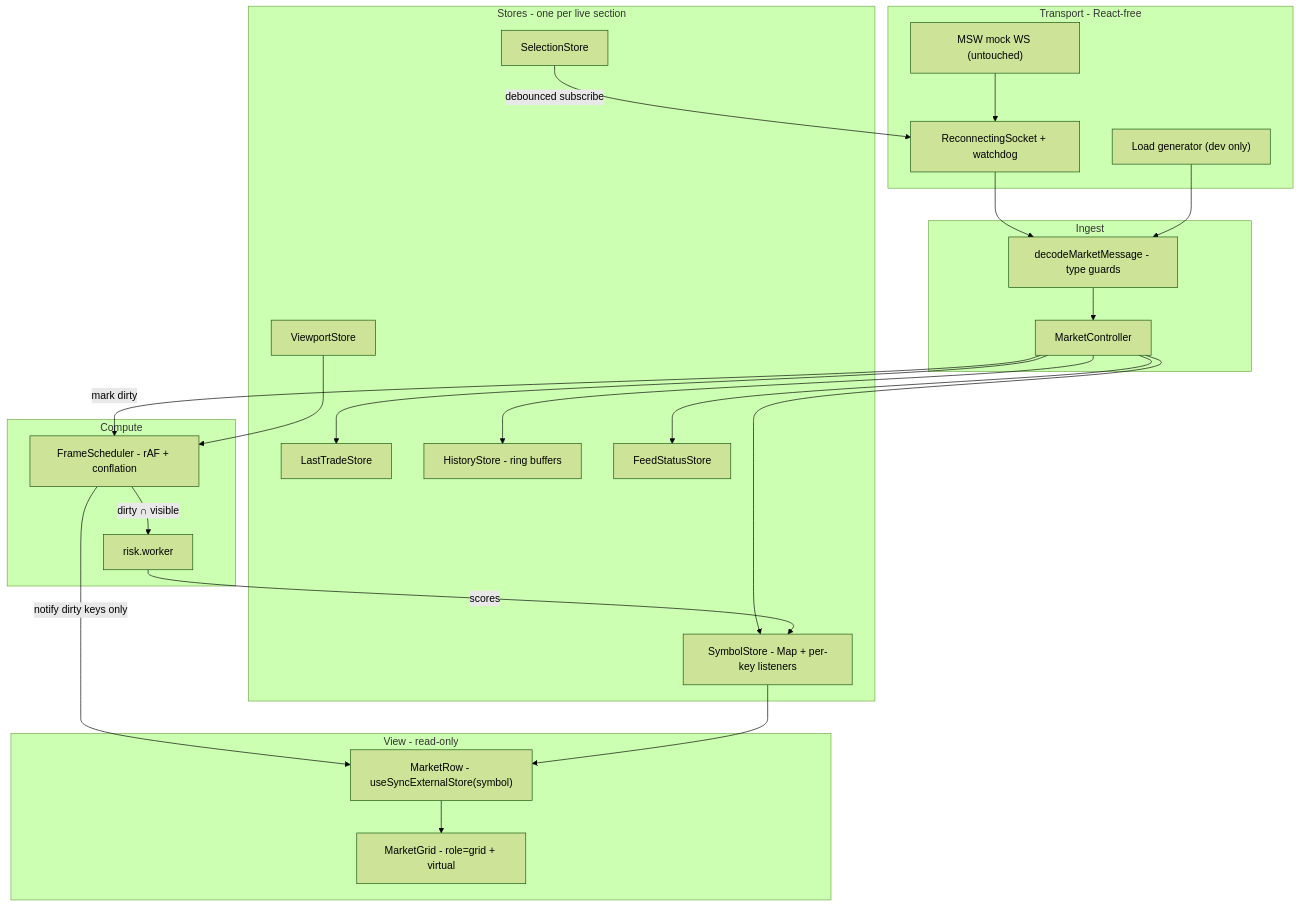
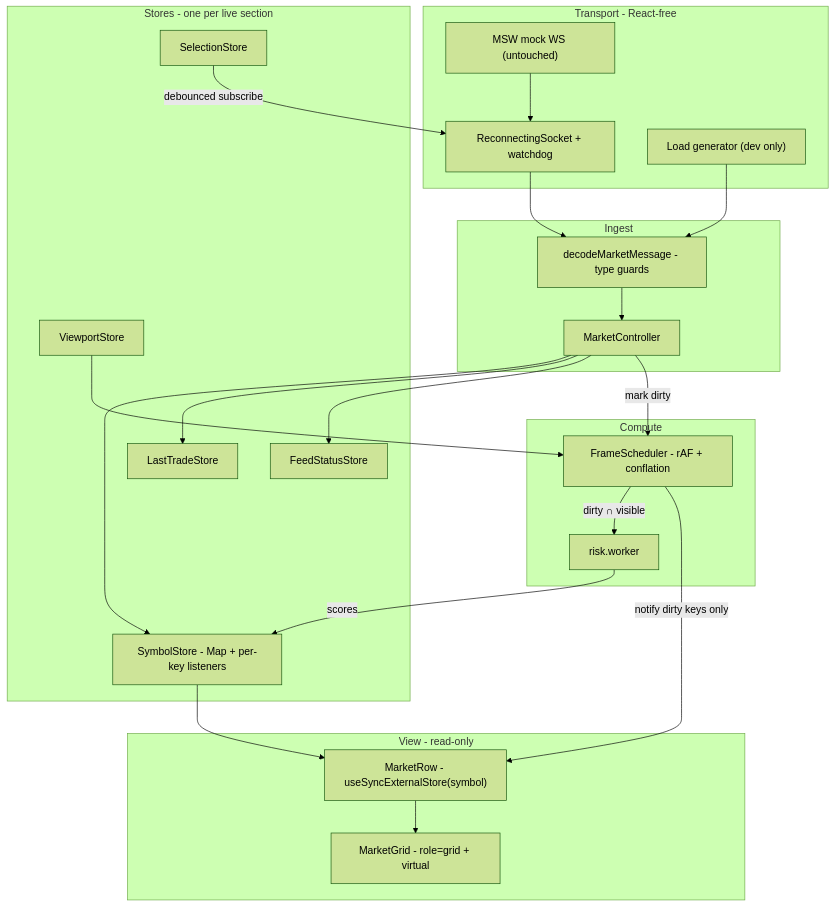
One commit to soheilhasanjani/charisma changed the diagram in ARCHITECTURE.en.md. Above: the diagram before and after it, drawn with Mermaid (forest theme). The commit also changed other lines of this file and 16 other files, not shown here.

First line of the commit message:
refactor: remove HistoryStore and related components

````diff
--- a/ARCHITECTURE.en.md
+++ b/ARCHITECTURE.en.md
@@ -30,44 +30,42 @@
 ```mermaid
 flowchart TB
     subgraph transport [Transport - React-free]
       MSW["MSW mock WS (untouched)"]
       Socket["ReconnectingSocket + watchdog"]
       LoadGen["Load generator (dev only)"]
     end
     subgraph ingest [Ingest]
       Decode["decodeMarketMessage - type guards"]
       Controller["MarketController"]
     end
     subgraph state [Stores - one per live section]
       Symbols["SymbolStore - Map + per-key listeners"]
       Trade["LastTradeStore"]
-      History["HistoryStore - ring buffers"]
       Status["FeedStatusStore"]
       Selection["SelectionStore"]
       Viewport["ViewportStore"]
     end
     subgraph compute [Compute]
       Sched["FrameScheduler - rAF + conflation"]
       Worker["risk.worker"]
     end
     subgraph view [View - read-only]
       Grid["MarketGrid - role=grid + virtual"]
       Row["MarketRow - useSyncExternalStore(symbol)"]
     end
 
     MSW --> Socket --> Decode
     LoadGen --> Decode
     Decode --> Controller
     Controller --> Symbols
     Controller --> Trade
-    Controller --> History
     Controller --> Status
     Controller -->|"mark dirty"| Sched
     Sched -->|"dirty ∩ visible"| Worker
     Worker -->|"scores"| Symbols
     Sched -->|"notify dirty keys only"| Row
     Symbols --> Row
     Row --> Grid
     Viewport --> Sched
     Selection -->|"debounced subscribe"| Socket
 ```
````
